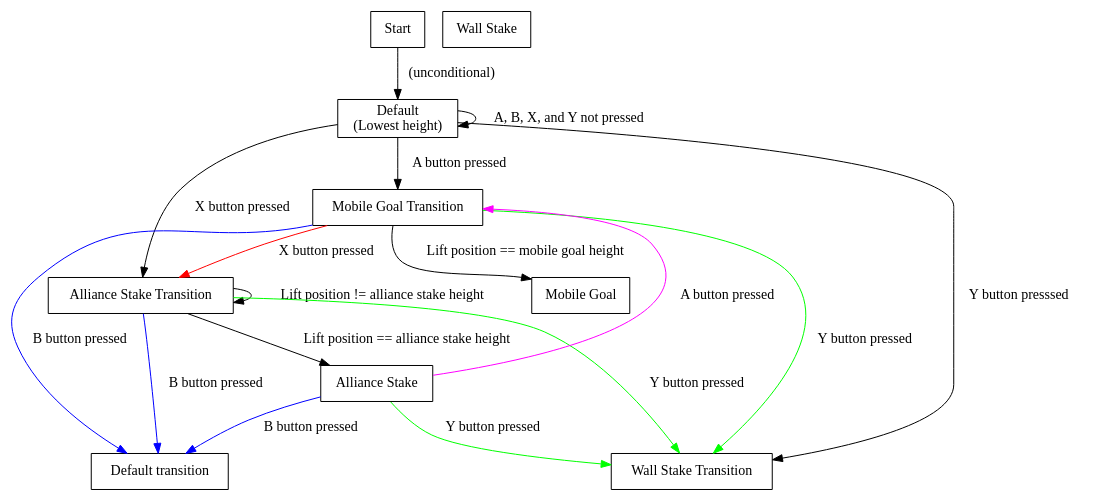
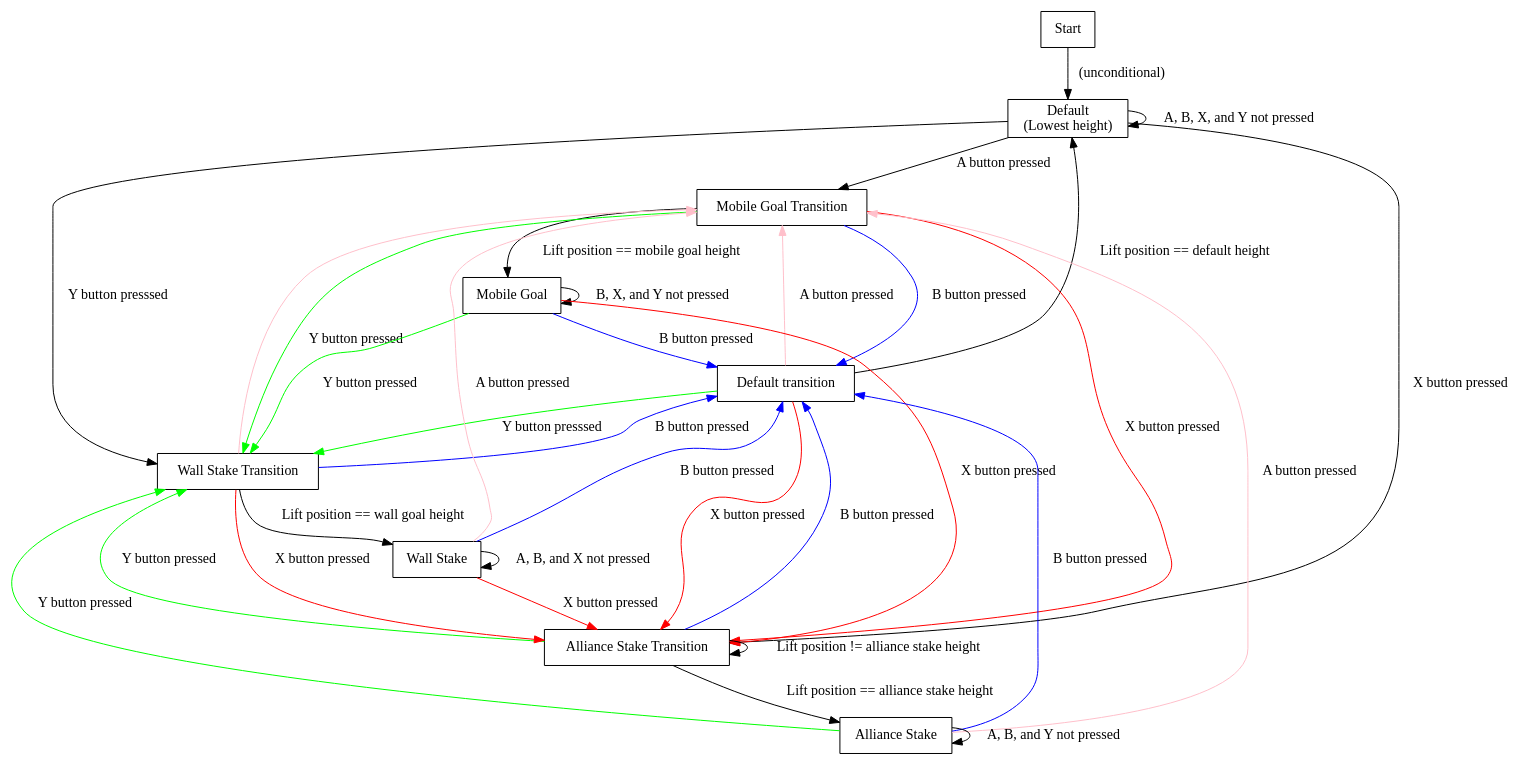
One commit to eshsrobotics/vex changed the diagram in 2024/prototype/intake_mechanisms/docs/lift-state-machine.dot. Above: the diagram before and after it, drawn with Graphviz. The commit also changed 1 other file, not shown here.

Commit message:
With Rushil and Sepehr, added the final touches on a VERY complex state transition diagram.
- 2024/prototype/intake_mechanisms/docs/lift-state-machine.dot :: Added all
  missing cases...we think.
- 2024/prototype/intake_mechanisms/docs/lift-state-machine.png: Rendered with
  the following command:

    dot -Tpng -o lift-state-machine.png lift-state-machine.dot

```diff
--- a/2024/prototype/intake_mechanisms/docs/lift-state-machine.dot
+++ b/2024/prototype/intake_mechanisms/docs/lift-state-machine.dot
@@ -1,36 +1,55 @@
 // To convert this to an image, install Graphviz to your $PATH, then run:
 //
 //   dot -T png -o lift-state-machine.png lift-state-machine.dot
 digraph G {
 
     node [shape=record, fontname="Georgia", style="solid"];
 
     Start;
     Default [label="Default\n(Lowest height)"];
     DefaultTransition [label="Default transition"];
     MobileGoalTransition [label="Mobile Goal Transition"];
     MobileGoal [label="Mobile Goal"];
     AllianceStakeTransition [label="Alliance Stake Transition"];
     WallStakeTransition [label="Wall Stake Transition"];
     AllianceStake [label="Alliance Stake"];
     WallStake [label="Wall Stake"];
 
     Start -> Default [label="(unconditional)"];
+
+    DefaultTransition -> Default [label="Lift position == default height"];
+    DefaultTransition -> WallStakeTransition [label="Y button presssed", color="lime"];
+    DefaultTransition -> AllianceStakeTransition [label="X button pressed", color="red"];
+    DefaultTransition -> MobileGoalTransition [label="A button pressed", color="pink"];
     Default -> MobileGoalTransition [label="A button pressed"];
     Default -> WallStakeTransition [label="Y button presssed"];
     Default -> AllianceStakeTransition [label="X button pressed"];
     Default -> Default [label="A, B, X, and Y not pressed"];
-    
+
     MobileGoalTransition -> MobileGoal [label="Lift position == mobile goal height"];
     MobileGoalTransition -> AllianceStakeTransition [label="X button pressed", color="red"];
     MobileGoalTransition -> WallStakeTransition [label="Y button pressed", color="lime"];
     MobileGoalTransition -> DefaultTransition [label="B button pressed", color="blue"];
+    MobileGoal -> AllianceStakeTransition [label="X button pressed", color="red"];
+    MobileGoal -> WallStakeTransition [label="Y button pressed", color="lime"];
+    MobileGoal -> DefaultTransition [label="B button pressed", color="blue"];
+    MobileGoal -> MobileGoal [label="B, X, and Y not pressed"];
 
     AllianceStakeTransition -> DefaultTransition [label="B button pressed", color="blue"];
     AllianceStakeTransition -> AllianceStake [label="Lift position == alliance stake height"];
     AllianceStakeTransition -> WallStakeTransition [label="Y button pressed", color="lime"];
     AllianceStakeTransition -> AllianceStakeTransition [label="Lift position != alliance stake height"];
-    AllianceStake -> DefaultTransition [label="B button pressed", color="blue"];    
-    AllianceStake -> MobileGoalTransition [label="A button pressed", color="magenta"];
+    AllianceStake -> DefaultTransition [label="B button pressed", color="blue"];
+    AllianceStake -> MobileGoalTransition [label="A button pressed", color="pink"];
     AllianceStake -> WallStakeTransition [label="Y button pressed", color="lime"];
+    AllianceStake -> AllianceStake [label="A, B, and Y not pressed"];
+
+    WallStakeTransition -> DefaultTransition [label="B button pressed", color = "blue"];
+    WallStakeTransition -> WallStake [label="Lift position == wall goal height"];
+    WallStakeTransition -> MobileGoalTransition [labelel="A button pressed", color = "pink"];
+    WallStakeTransition -> AllianceStakeTransition [label="X button pressed", color = "red"];
+    WallStake -> DefaultTransition [label="B button pressed", color = "blue"];
+    WallStake -> MobileGoalTransition [label="A button pressed", color="pink"]
+    WallStake -> AllianceStakeTransition [label="X button pressed", color = "red"];
+    WallStake -> WallStake [label="A, B, and X not pressed"];
 }
```
